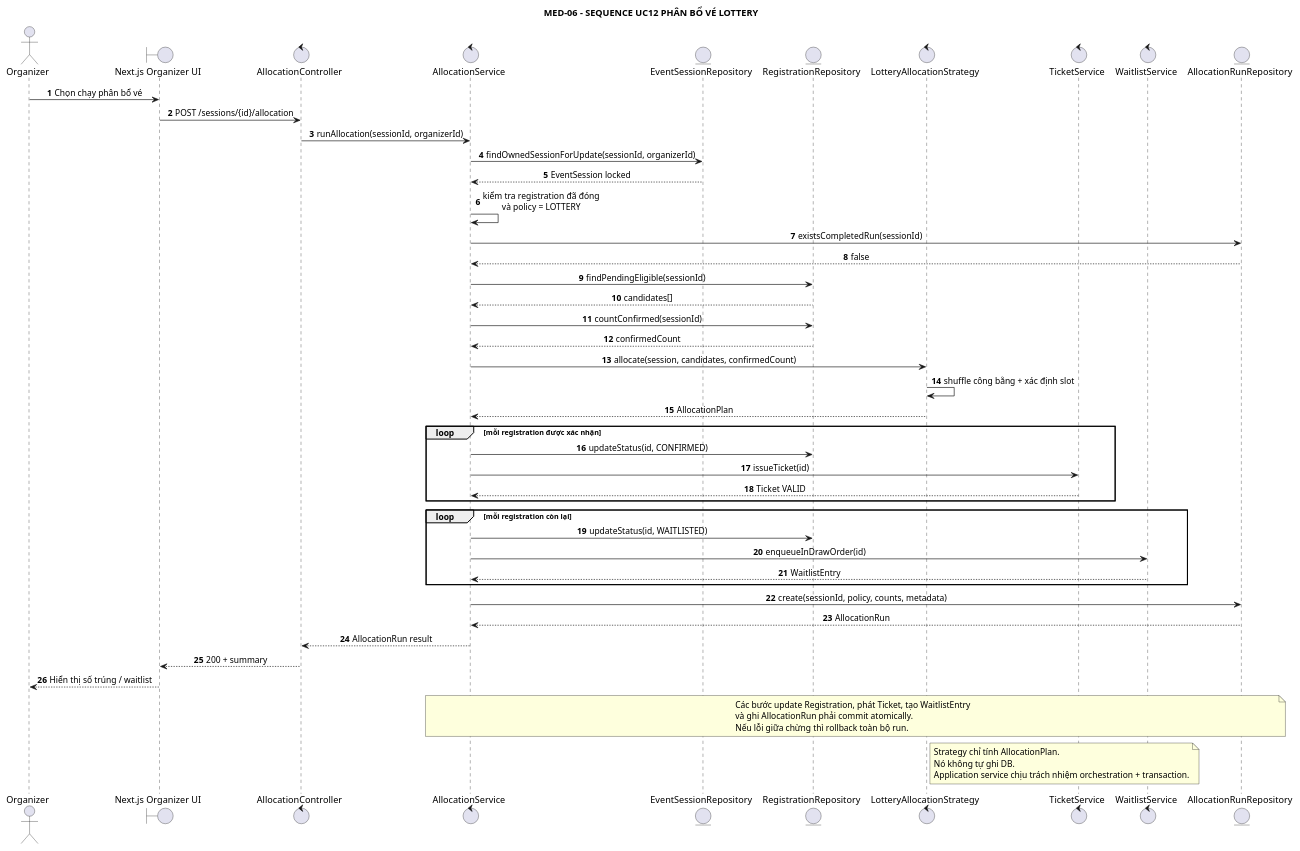
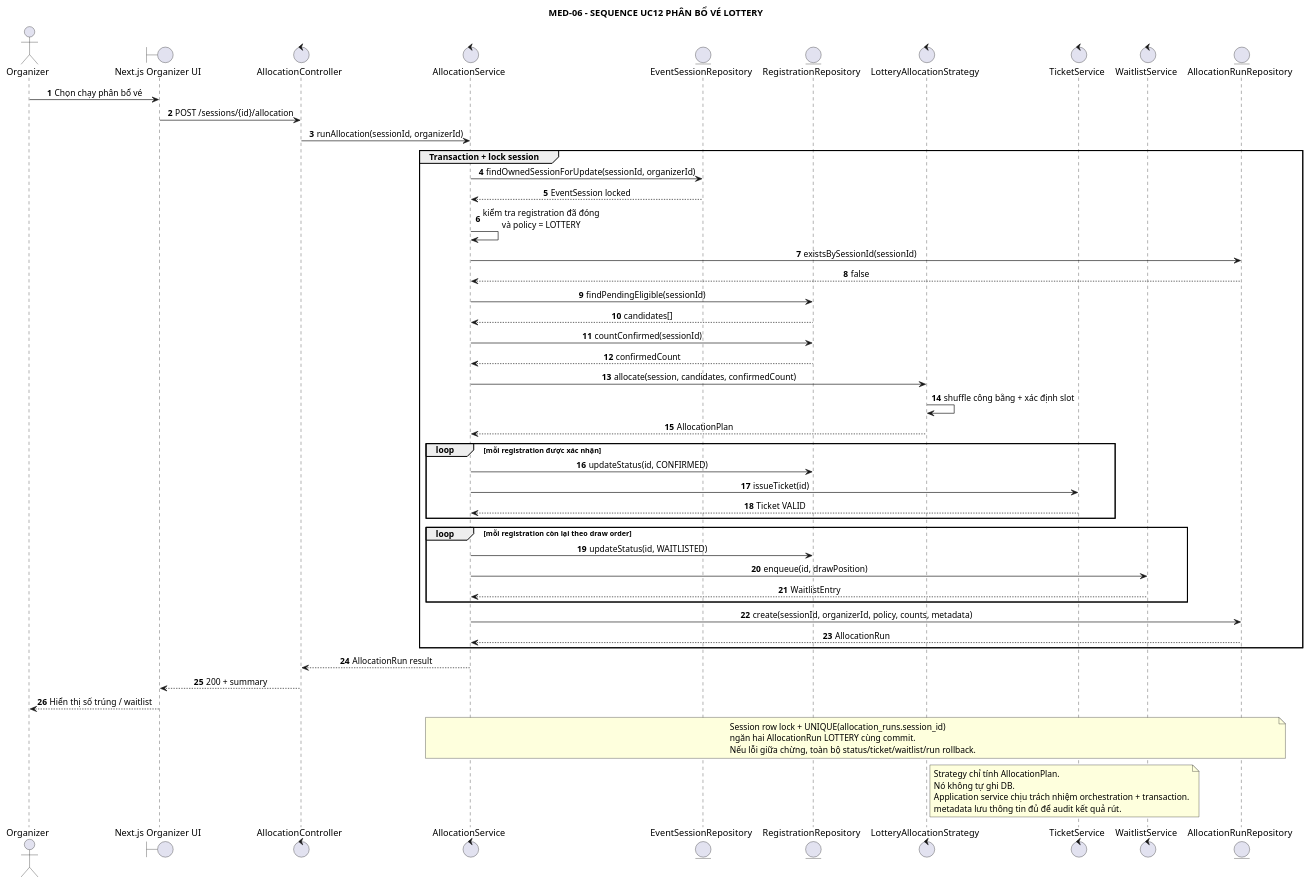
Before and after one commit to anh632k-ui/OOP-DoAn: the diagram in PTTK/05_Sequence/03-uc12-lottery-allocation.puml, drawn with PlantUML.

Commit message:
review(pttk): align UC12 with one committed lottery run and audit actor

```diff
--- a/PTTK/05_Sequence/03-uc12-lottery-allocation.puml
+++ b/PTTK/05_Sequence/03-uc12-lottery-allocation.puml
@@ -1,66 +1,71 @@
 @startuml
 skinparam shadowing false
 skinparam sequenceMessageAlign center
 skinparam responseMessageBelowArrow true
 
 title MED-06 - SEQUENCE UC12 PHÂN BỔ VÉ LOTTERY
 
 actor Organizer
 boundary "Next.js Organizer UI" as UI
 control "AllocationController" as AC
 control "AllocationService" as AS
 entity "EventSessionRepository" as ESR
 entity "RegistrationRepository" as RR
 control "LotteryAllocationStrategy" as LAS
 control "TicketService" as TS
 control "WaitlistService" as WS
 entity "AllocationRunRepository" as ARR
 
 autonumber
 Organizer -> UI : Chọn chạy phân bổ vé
 UI -> AC : POST /sessions/{id}/allocation
 AC -> AS : runAllocation(sessionId, organizerId)
-AS -> ESR : findOwnedSessionForUpdate(sessionId, organizerId)
-ESR --> AS : EventSession locked
-AS -> AS : kiểm tra registration đã đóng\nvà policy = LOTTERY
-AS -> ARR : existsCompletedRun(sessionId)
-ARR --> AS : false
-AS -> RR : findPendingEligible(sessionId)
-RR --> AS : candidates[]
-AS -> RR : countConfirmed(sessionId)
-RR --> AS : confirmedCount
-AS -> LAS : allocate(session, candidates, confirmedCount)
-LAS -> LAS : shuffle công bằng + xác định slot
-LAS --> AS : AllocationPlan
 
-loop mỗi registration được xác nhận
-  AS -> RR : updateStatus(id, CONFIRMED)
-  AS -> TS : issueTicket(id)
-  TS --> AS : Ticket VALID
-end
+ group Transaction + lock session
+  AS -> ESR : findOwnedSessionForUpdate(sessionId, organizerId)
+  ESR --> AS : EventSession locked
+  AS -> AS : kiểm tra registration đã đóng\nvà policy = LOTTERY
+  AS -> ARR : existsBySessionId(sessionId)
+  ARR --> AS : false
+  AS -> RR : findPendingEligible(sessionId)
+  RR --> AS : candidates[]
+  AS -> RR : countConfirmed(sessionId)
+  RR --> AS : confirmedCount
+  AS -> LAS : allocate(session, candidates, confirmedCount)
+  LAS -> LAS : shuffle công bằng + xác định slot
+  LAS --> AS : AllocationPlan
 
-loop mỗi registration còn lại
-  AS -> RR : updateStatus(id, WAITLISTED)
-  AS -> WS : enqueueInDrawOrder(id)
-  WS --> AS : WaitlistEntry
-end
+  loop mỗi registration được xác nhận
+    AS -> RR : updateStatus(id, CONFIRMED)
+    AS -> TS : issueTicket(id)
+    TS --> AS : Ticket VALID
+  end
 
-AS -> ARR : create(sessionId, policy, counts, metadata)
-ARR --> AS : AllocationRun
+  loop mỗi registration còn lại theo draw order
+    AS -> RR : updateStatus(id, WAITLISTED)
+    AS -> WS : enqueue(id, drawPosition)
+    WS --> AS : WaitlistEntry
+  end
+
+  AS -> ARR : create(sessionId, organizerId, policy, counts, metadata)
+  ARR --> AS : AllocationRun
+ end
+
 AS --> AC : AllocationRun result
 AC --> UI : 200 + summary
 UI --> Organizer : Hiển thị số trúng / waitlist
 
 note over AS,ARR
-Các bước update Registration, phát Ticket, tạo WaitlistEntry
-và ghi AllocationRun phải commit atomically.
-Nếu lỗi giữa chừng thì rollback toàn bộ run.
+Session row lock + UNIQUE(allocation_runs.session_id)
+ngăn hai AllocationRun LOTTERY cùng commit.
+Nếu lỗi giữa chừng, toàn bộ status/ticket/waitlist/run rollback.
 end note
 
 note right of LAS
 Strategy chỉ tính AllocationPlan.
 Nó không tự ghi DB.
 Application service chịu trách nhiệm orchestration + transaction.
+metadata lưu thông tin đủ để audit kết quả rút.
 end note
 
 @enduml
```
